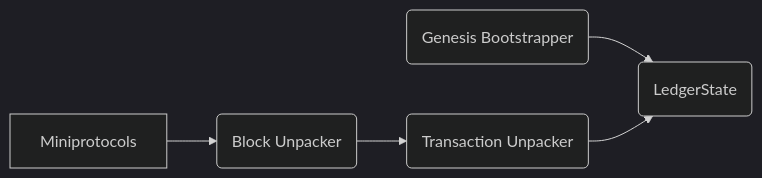
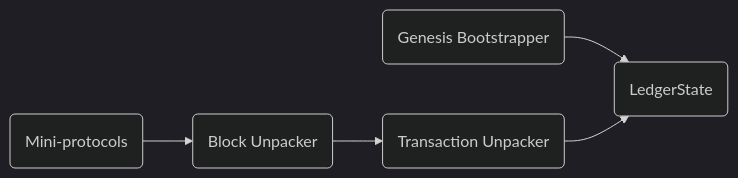
One commit to input-output-hk/acropolis changed the second of 2 diagrams in README.md. Above: the diagram before and after it, drawn with Mermaid (dark theme). The commit also changed 2 other files, not shown here.

Commit message:
Add VSCode launch targets

````diff
--- a/README.md
+++ b/README.md
@@ -56,14 +56,14 @@
 ```mermaid
 graph LR
 
-   Miniprotocols
+   Miniprotocols(Mini-protocols)
    GenesisBootstrapper(Genesis Bootstrapper)
    BlockUnpacker(Block Unpacker)
    TxUnpacker(Transaction Unpacker)
    LedgerState(LedgerState)
 
    Miniprotocols --> BlockUnpacker
    BlockUnpacker --> TxUnpacker
    GenesisBootstrapper --> LedgerState
    TxUnpacker --> LedgerState
 ```
````
